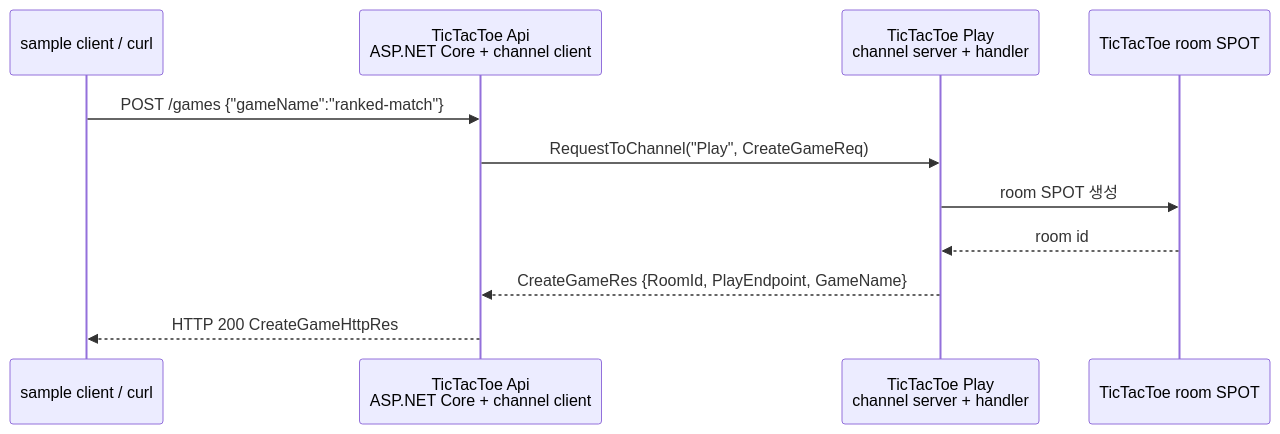
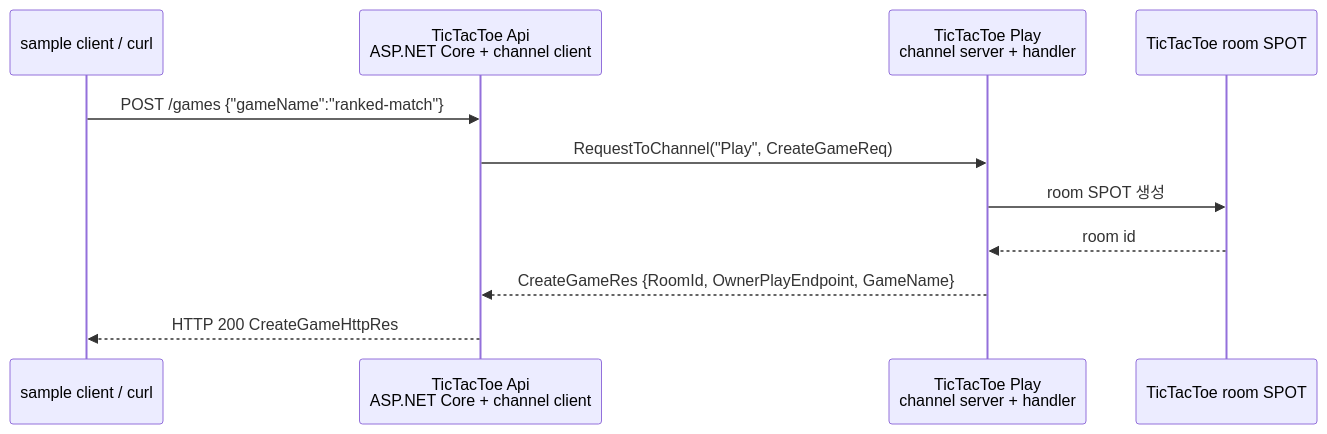
Before and after one commit to kairos-code-dev/zlink: the first of 3 diagrams in framework/doc/framework/dotnet/guide/02-getting-started.ko.md, drawn with Mermaid. The commit also changed other lines of this file and 9 other files, not shown here.

````diff
--- a/framework/doc/framework/dotnet/guide/02-getting-started.ko.md
+++ b/framework/doc/framework/dotnet/guide/02-getting-started.ko.md
@@ -40,14 +40,14 @@
 ```mermaid
 sequenceDiagram
     participant Client as sample client / curl
     participant Api as TicTacToe Api<br/>ASP.NET Core + channel client
     participant Play as TicTacToe Play<br/>channel server + handler
     participant Spot as TicTacToe room SPOT
 
     Client->>Api: POST /games {"gameName":"ranked-match"}
     Api->>Play: RequestToChannel("Play", CreateGameReq)
     Play->>Spot: room SPOT 생성
     Spot-->>Play: room id
-    Play-->>Api: CreateGameRes {RoomId, PlayEndpoint, GameName}
+    Play-->>Api: CreateGameRes {RoomId, OwnerPlayEndpoint, GameName}
     Api-->>Client: HTTP 200 CreateGameHttpRes
 ```
````
